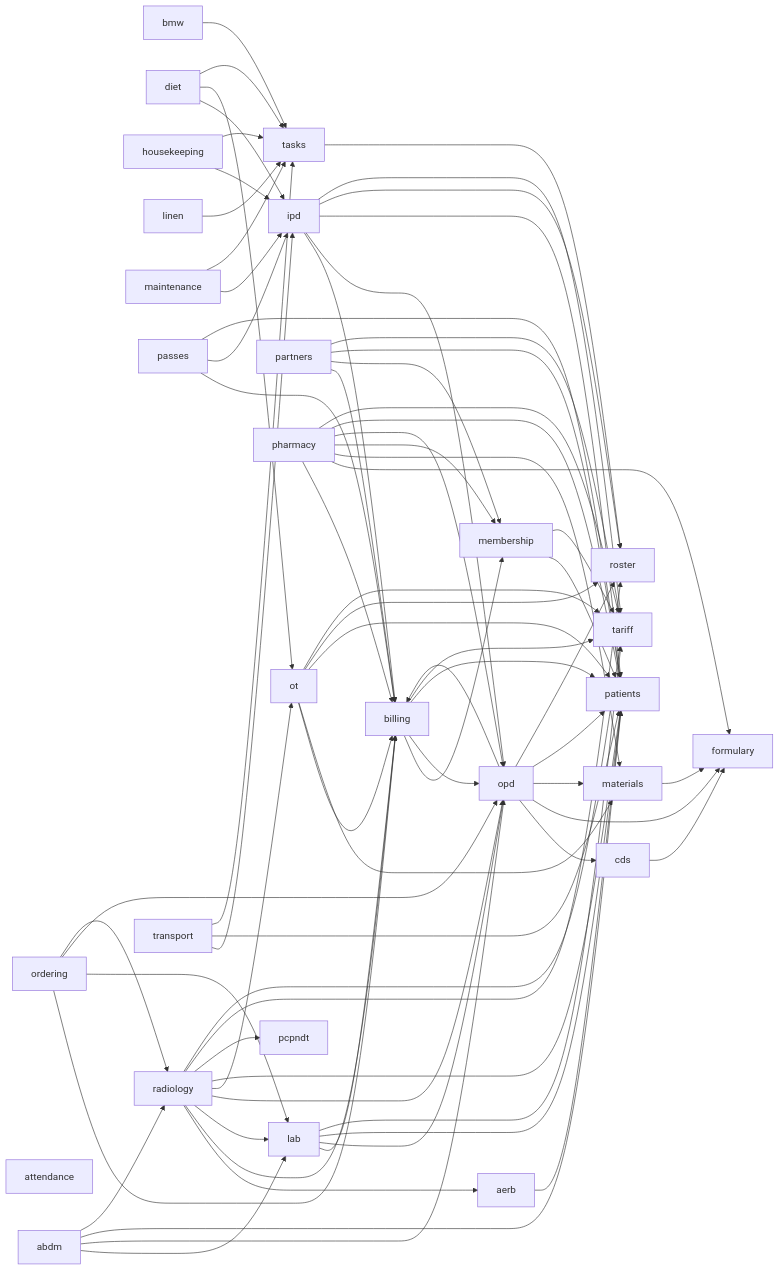
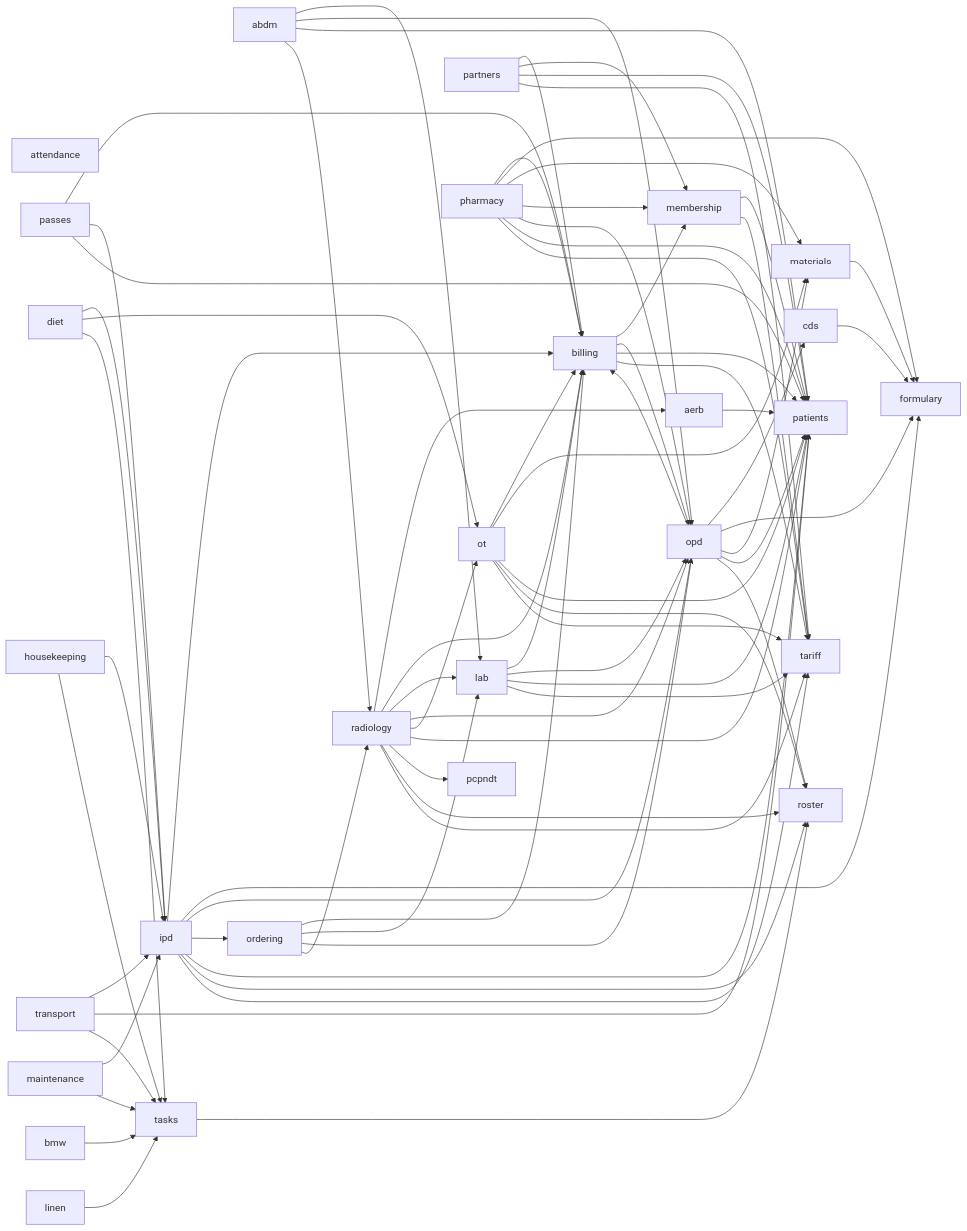
One commit to ankits3a/hims-hmis changed the second of 2 diagrams in docs/architecture/README.md. Above: the diagram before and after it, drawn with Mermaid. The commit also changed other lines of this file and 3 other files, not shown here.

First line of the commit message:
docs(ipd-stage): regenerate the architecture map after ipd-rounds

```diff
--- a/docs/architecture/README.md
+++ b/docs/architecture/README.md
@@ -75,7 +75,9 @@
   housekeeping --> ipd
   housekeeping --> tasks
   ipd --> billing
+  ipd --> formulary
   ipd --> opd
+  ipd --> ordering
   ipd --> patients
   ipd --> roster
   ipd --> tariff
```
